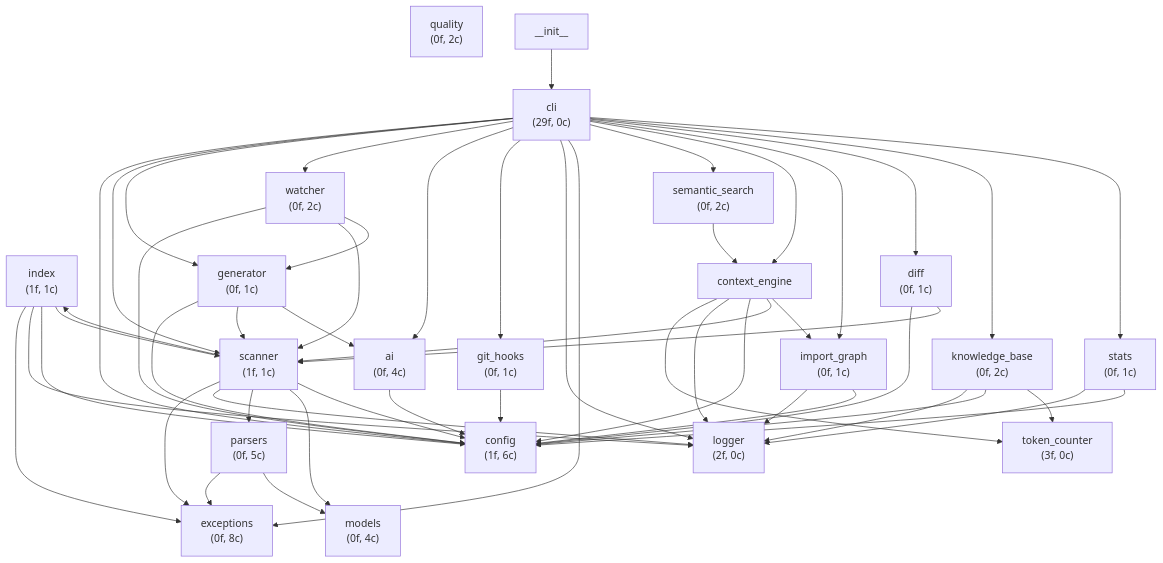
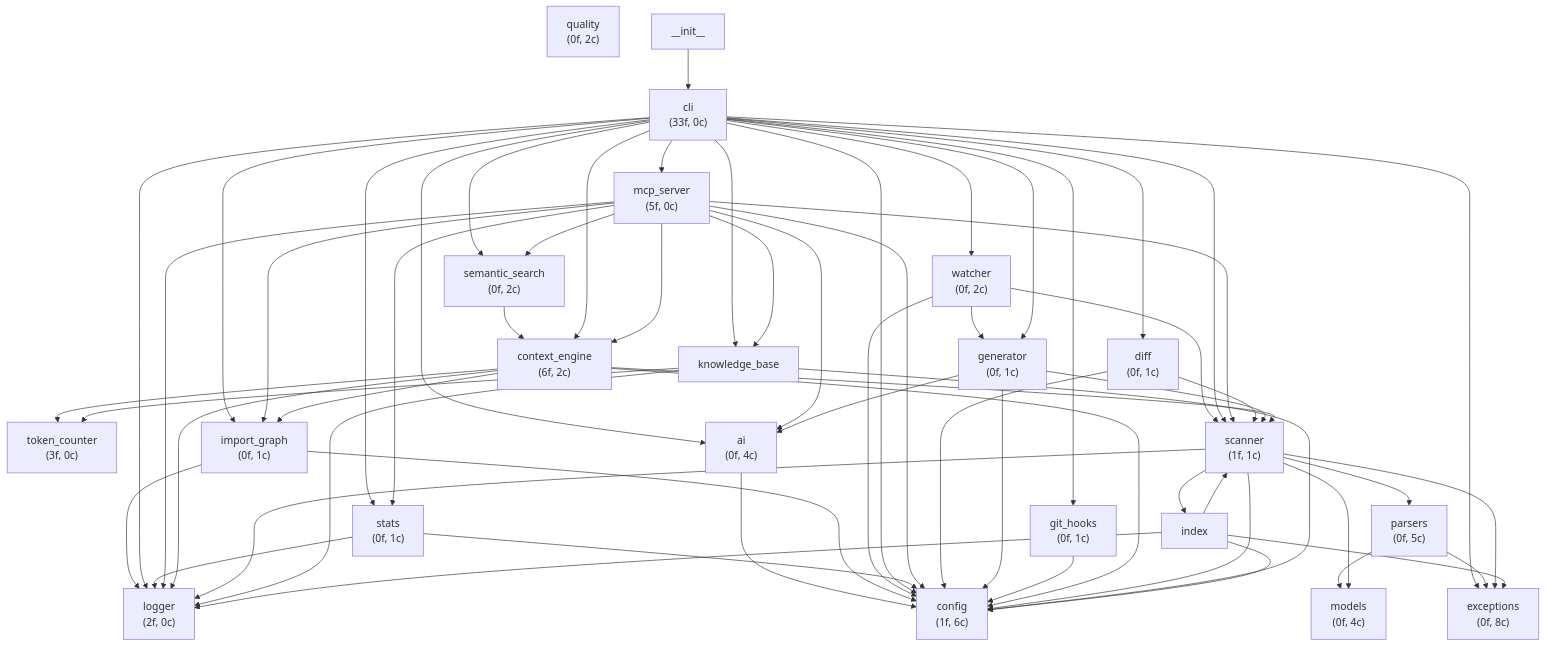
Before and after one commit to sushilk1991/know-cli: the diagram in docs/architecture.md, drawn with Mermaid. The commit also changed 4 other files, not shown here.

````diff
--- a/docs/architecture.md
+++ b/docs/architecture.md
@@ -3,41 +3,33 @@
 ```mermaid
 graph TB
-    index["index\n(1f, 1c)"]
+    logger["logger\n(2f, 0c)"]
+    token_counter["token_counter\n(3f, 0c)"]
+    semantic_search["semantic_search\n(0f, 2c)"]
     ai["ai\n(0f, 4c)"]
+    import_graph["import_graph\n(0f, 1c)"]
+    watcher["watcher\n(0f, 2c)"]
+    cli["cli\n(33f, 0c)"]
     stats["stats\n(0f, 1c)"]
-    models["models\n(0f, 4c)"]
-    watcher["watcher\n(0f, 2c)"]
-    quality["quality\n(0f, 2c)"]
+    mcp_server["mcp_server\n(5f, 0c)"]
     exceptions["exceptions\n(0f, 8c)"]
-    logger["logger\n(2f, 0c)"]
+    diff["diff\n(0f, 1c)"]
     generator["generator\n(0f, 1c)"]
     parsers["parsers\n(0f, 5c)"]
-    cli["cli\n(29f, 0c)"]
-    semantic_search["semantic_search\n(0f, 2c)"]
+    quality["quality\n(0f, 2c)"]
+    git_hooks["git_hooks\n(0f, 1c)"]
+    context_engine["context_engine\n(6f, 2c)"]
+    config["config\n(1f, 6c)"]
     __init__["__init__"]
+    models["models\n(0f, 4c)"]
     scanner["scanner\n(1f, 1c)"]
-    token_counter["token_counter\n(3f, 0c)"]
-    knowledge_base["knowledge_base\n(0f, 2c)"]
-    config["config\n(1f, 6c)"]
-    import_graph["import_graph\n(0f, 1c)"]
-    git_hooks["git_hooks\n(0f, 1c)"]
-    diff["diff\n(0f, 1c)"]
 
-    index --> exceptions
-    index --> logger
-    index --> config
-    index --> scanner
+    semantic_search --> context_engine
     ai --> config
-    stats --> logger
-    stats --> config
+    import_graph --> logger
+    import_graph --> config
     watcher --> config
     watcher --> scanner
     watcher --> generator
-    generator --> config
-    generator --> scanner
-    generator --> ai
-    parsers --> exceptions
-    parsers --> models
     cli --> config
     cli --> scanner
     cli --> generator
@@ -52,7 +44,31 @@
     cli --> diff
     cli --> knowledge_base
     cli --> stats
-    semantic_search --> context_engine
+    cli --> mcp_server
+    stats --> logger
+    stats --> config
+    mcp_server --> logger
+    mcp_server --> config
+    mcp_server --> context_engine
+    mcp_server --> semantic_search
+    mcp_server --> knowledge_base
+    mcp_server --> scanner
+    mcp_server --> ai
+    mcp_server --> import_graph
+    mcp_server --> stats
+    diff --> config
+    diff --> scanner
+    generator --> config
+    generator --> scanner
+    generator --> ai
+    parsers --> exceptions
+    parsers --> models
+    git_hooks --> config
+    context_engine --> token_counter
+    context_engine --> logger
+    context_engine --> config
+    context_engine --> scanner
+    context_engine --> import_graph
     __init__ --> cli
     scanner --> exceptions
     scanner --> logger
@@ -63,14 +79,8 @@
     knowledge_base --> logger
     knowledge_base --> config
     knowledge_base --> token_counter
-    import_graph --> logger
-    import_graph --> config
-    git_hooks --> config
-    diff --> config
-    diff --> scanner
-    context_engine --> token_counter
-    context_engine --> logger
-    context_engine --> config
-    context_engine --> scanner
-    context_engine --> import_graph
+    index --> exceptions
+    index --> logger
+    index --> config
+    index --> scanner
 ```
````
